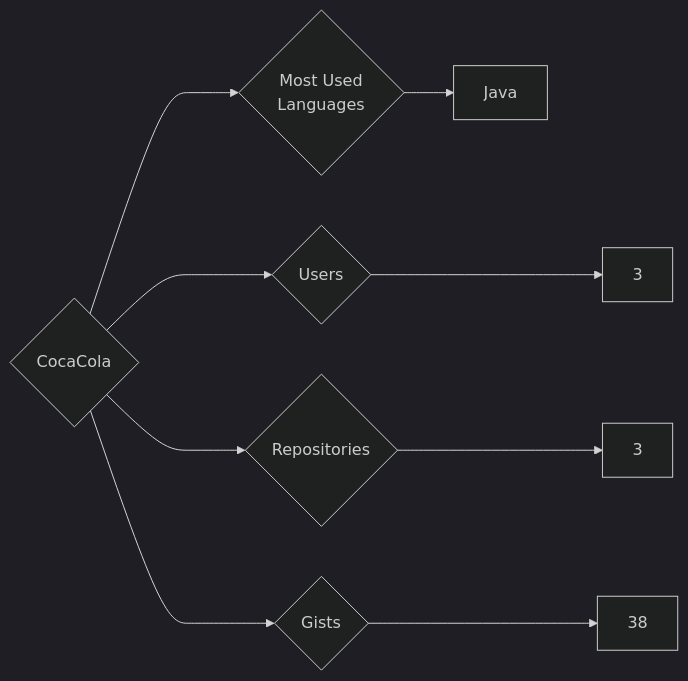
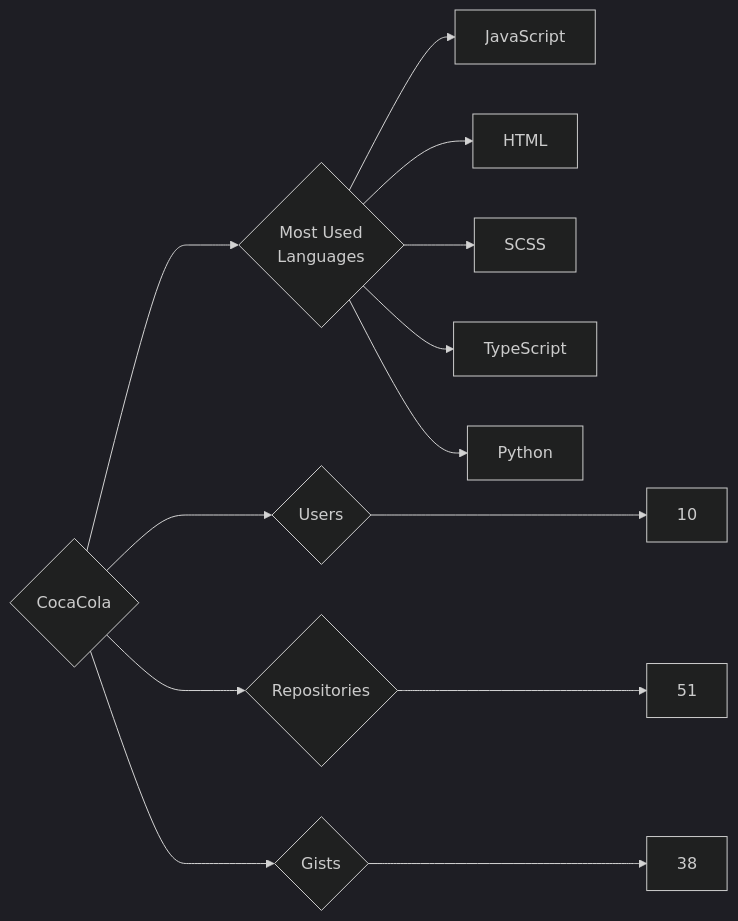
One commit to trickest/insiders changed the diagram in targets/CocaCola/README.md. Above: the diagram before and after it, drawn with Mermaid (dark theme). The commit also changed 714 other files, not shown here.

````diff
--- a/targets/CocaCola/README.md
+++ b/targets/CocaCola/README.md
@@ -3,9 +3,13 @@
 ```mermaid
 graph LR
 COMPANY_NAME{CocaCola}
-COMPANY_NAME ---> U{Users} ---> UN[3]
-COMPANY_NAME ---> R{Repositories} ---> RN[3]
+COMPANY_NAME ---> U{Users} ---> UN[10]
+COMPANY_NAME ---> R{Repositories} ---> RN[51]
 COMPANY_NAME ---> G{Gists} ---> GN[38]
 COMPANY_NAME ---> ML{Most Used<br>Languages}
-ML --> Java[Java]
+ML --> JavaScript[JavaScript]
+ML --> HTML[HTML]
+ML --> SCSS[SCSS]
+ML --> TypeScript[TypeScript]
+ML --> Python[Python]
 ```
````
